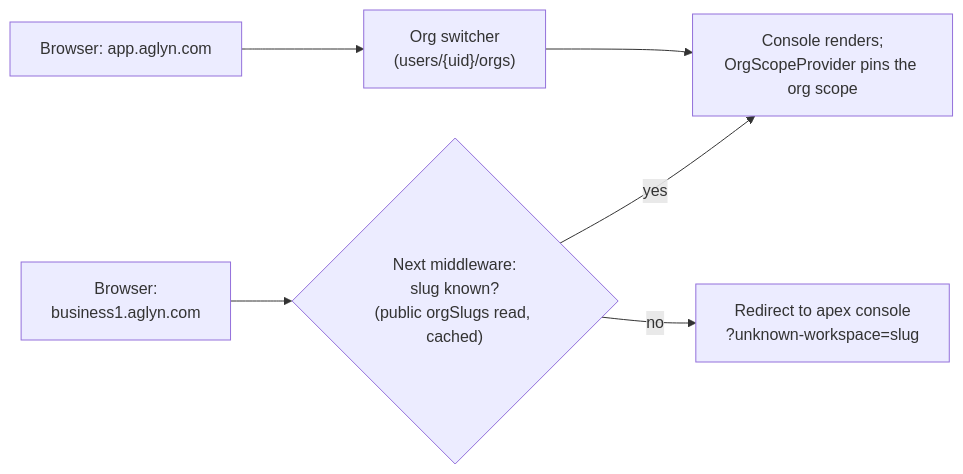
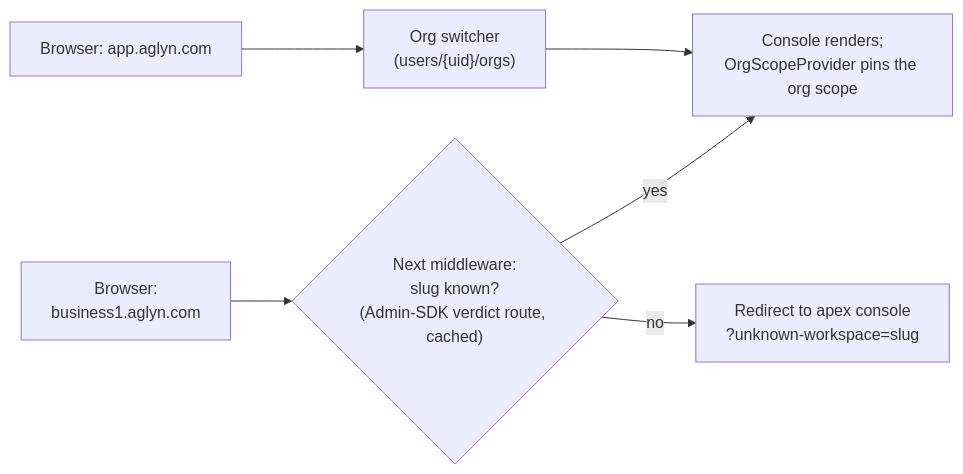
One commit to aglyn/aglyn changed the fourth of 5 diagrams in apps/docs/docs/staff-console/architecture-multi-tenancy.md. Above: the diagram before and after it, drawn with Mermaid. The commit also changed other lines of this file and 7 other files, not shown here.

````diff
--- a/apps/docs/docs/staff-console/architecture-multi-tenancy.md
+++ b/apps/docs/docs/staff-console/architecture-multi-tenancy.md
@@ -132,8 +132,8 @@
 ```mermaid
 flowchart LR
-  B["Browser:<br/>business1.aglyn.com"] --> MW{"Next middleware:<br/>slug known?<br/>(public orgSlugs read, cached)"}
+  B["Browser:<br/>business1.aglyn.com"] --> MW{"Next middleware:<br/>slug known?<br/>(Admin-SDK verdict route, cached)"}
   MW -- "yes" --> CON["Console renders;<br/>OrgScopeProvider pins the org scope"]
   MW -- "no" --> APEX["Redirect to apex console<br/>?unknown-workspace=slug"]
   A2["Browser: app.aglyn.com"] --> SW["Org switcher<br/>(users/#lcub;uid#rcub;/orgs)"]
   SW --> CON
 ```
````
